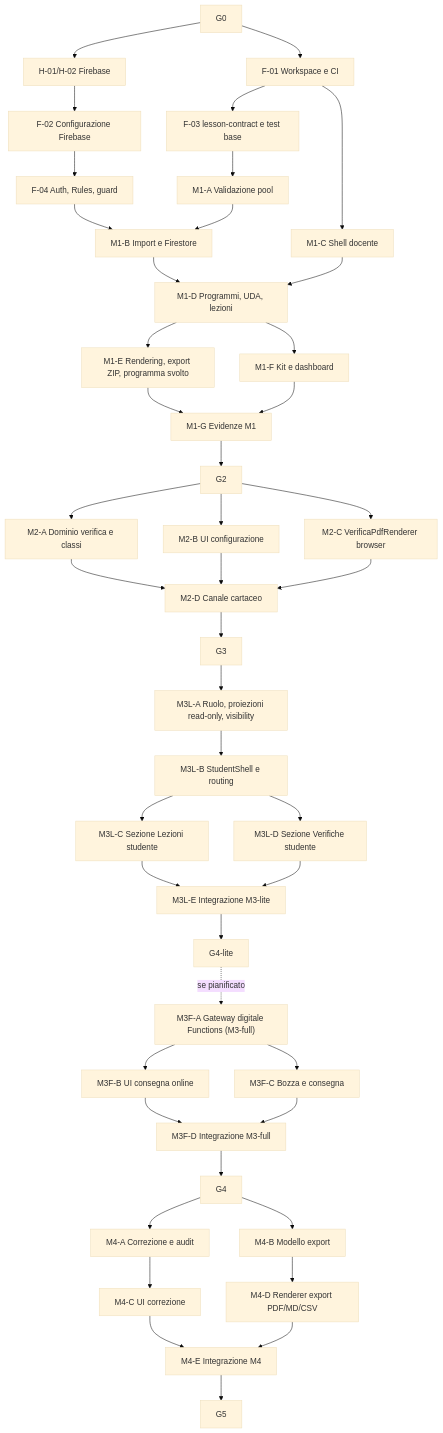
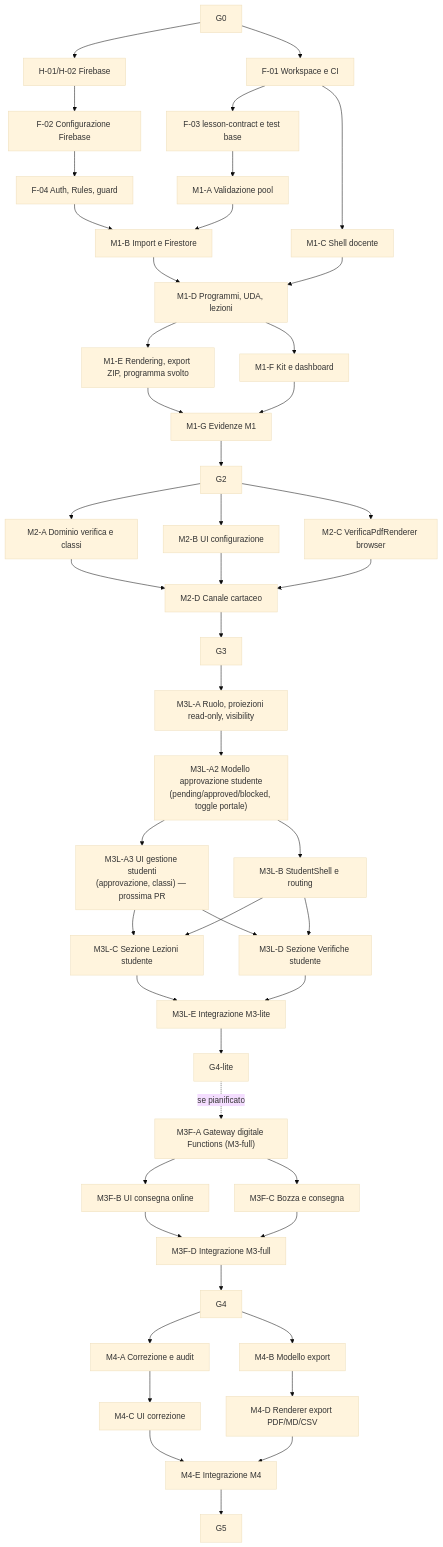
The diagram in documentazione/piano-implementazione.md (EnricoPaparo/SchoolForge), drawn with Mermaid (base theme) before and after one commit. The commit also changed other lines of this file and 12 other files, not shown here.

First line of the commit message:
fix(m3-lite): richiedere approvazione studente prima di ogni lettura

````diff
--- a/documentazione/piano-implementazione.md
+++ b/documentazione/piano-implementazione.md
@@ -114,46 +114,50 @@
 ```mermaid
 flowchart TD
     G0 --> F1["F-01 Workspace e CI"]
     G0 --> H1["H-01/H-02 Firebase"]
     H1 --> F2["F-02 Configurazione Firebase"]
     F1 --> F3["F-03 lesson-contract e test base"]
     F2 --> F4["F-04 Auth, Rules, guard"]
     F3 --> M1A["M1-A Validazione pool"]
     F4 --> M1B["M1-B Import e Firestore"]
     M1A --> M1B
     F1 --> M1C["M1-C Shell docente"]
     M1B --> M1D["M1-D Programmi, UDA, lezioni"]
     M1C --> M1D
     M1D --> M1E["M1-E Rendering, export ZIP, programma svolto"]
     M1D --> M1F["M1-F Kit e dashboard"]
     M1E --> M1G["M1-G Evidenze M1"]
     M1F --> M1G
     M1G --> G2
     G2 --> M2A["M2-A Dominio verifica e classi"]
     G2 --> M2B["M2-B UI configurazione"]
     G2 --> M2C["M2-C VerificaPdfRenderer browser"]
     M2A --> M2D["M2-D Canale cartaceo"]
     M2B --> M2D
     M2C --> M2D
     M2D --> G3
     G3 --> M3LA["M3L-A Ruolo, proiezioni read-only, visibility"]
-    M3LA --> M3LB["M3L-B StudentShell e routing"]
-    M3LB --> M3LC["M3L-C Sezione Lezioni studente"]
-    M3LB --> M3LD["M3L-D Sezione Verifiche studente"]
+    M3LA --> M3LA2["M3L-A2 Modello approvazione studente\n(pending/approved/blocked, toggle portale)"]
+    M3LA2 --> M3LA3["M3L-A3 UI gestione studenti\n(approvazione, classi) — prossima PR"]
+    M3LA2 --> M3LB["M3L-B StudentShell e routing"]
+    M3LA3 --> M3LC["M3L-C Sezione Lezioni studente"]
+    M3LB --> M3LC
+    M3LA3 --> M3LD["M3L-D Sezione Verifiche studente"]
+    M3LB --> M3LD
     M3LC --> M3LE["M3L-E Integrazione M3-lite"]
     M3LD --> M3LE
     M3LE --> G4LITE["G4-lite"]
     G4LITE -. "se pianificato" .-> M3FA["M3F-A Gateway digitale Functions (M3-full)"]
     M3FA --> M3FB["M3F-B UI consegna online"]
     M3FA --> M3FC["M3F-C Bozza e consegna"]
     M3FB --> M3FD["M3F-D Integrazione M3-full"]
     M3FC --> M3FD
     M3FD --> G4
     G4 --> M4A["M4-A Correzione e audit"]
     G4 --> M4B["M4-B Modello export"]
     M4A --> M4C["M4-C UI correzione"]
     M4B --> M4D["M4-D Renderer export PDF/MD/CSV"]
     M4C --> M4E["M4-E Integrazione M4"]
     M4D --> M4E
     M4E --> G5
 ```
````
